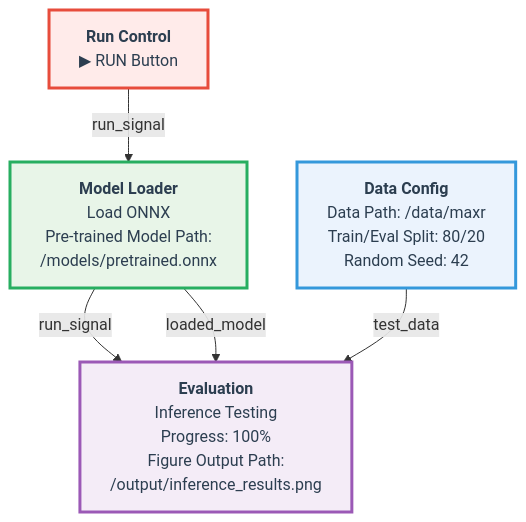
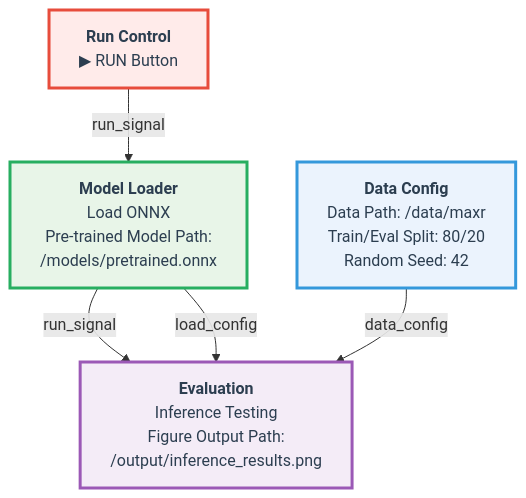
The diagram in doc/eval_pipeline.md (FilmakademieRnd/AnimHost), drawn with Mermaid before and after one commit. The commit also changed 4 other files, not shown here.

Commit message:
graph edits, integration graph

````diff
--- a/doc/eval_pipeline.md
+++ b/doc/eval_pipeline.md
@@ -3,25 +3,25 @@
 ```mermaid
 graph TD
     %% Evaluation Pipeline Nodes
     A2["<b>Run Control</b><br/>▶ RUN Button"]
     B2["<b>Data Config</b><br/>Data Path: /data/maxr<br/>Train/Eval Split: 80/20<br/>Random Seed: 42"]
     G["<b>Model Loader</b><br/>Load ONNX<br/>Pre-trained Model Path:<br/>/models/pretrained.onnx"]
-    H["<b>Evaluation</b><br/>Inference Testing<br/>Progress: 100%<br/>Figure Output Path:<br/>/output/inference_results.png"]
+    H["<b>Evaluation</b><br/>Inference Testing<br/>Figure Output Path:<br/>/output/inference_results.png"]
     
     %% Evaluation Pipeline Connections
     A2 -->|run_signal| G
     G -->|run_signal| H
-    G -->|loaded_model| H
-    B2 -->|test_data| H
+    G -->|load_config| H
+    B2 -->|data_config| H
     
     %% Node Styling
     classDef runNode fill:#ffebea,stroke:#e74c3c,stroke-width:3px,color:#2c3e50
     classDef dataNode fill:#ebf3fd,stroke:#3498db,stroke-width:3px,color:#2c3e50
     classDef evalNode fill:#f4ecf7,stroke:#9b59b6,stroke-width:3px,color:#2c3e50
     classDef loaderNode fill:#e8f5e8,stroke:#27ae60,stroke-width:3px,color:#2c3e50
     
     class A2 runNode
     class B2 dataNode
     class H evalNode
     class G loaderNode
 ```
````
